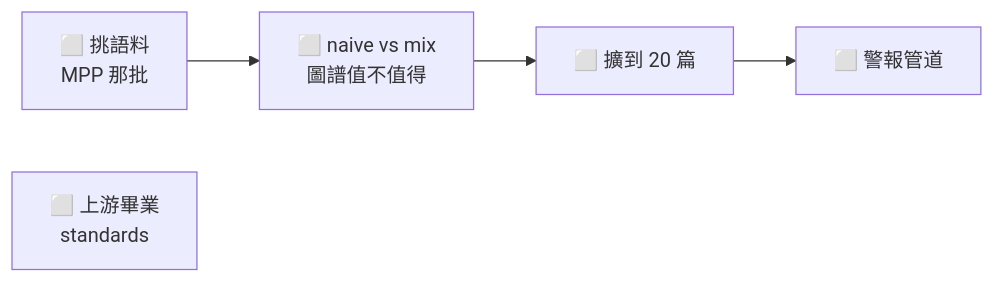
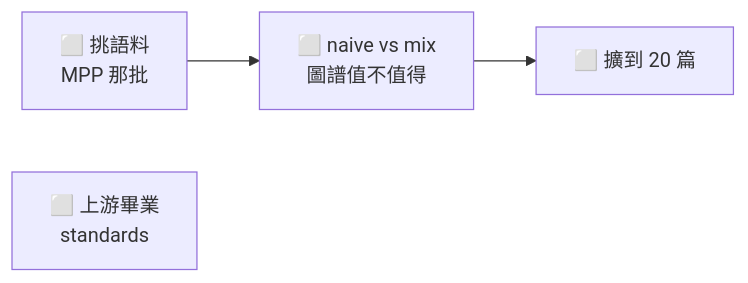
One commit to neknufelet/lightrag changed the diagram in docs/NEXT.md. Above: the diagram before and after it, drawn with Mermaid. The commit also changed other lines of this file, not shown here.

````diff
--- a/docs/NEXT.md
+++ b/docs/NEXT.md
@@ -33,7 +32,6 @@
 ```mermaid
 flowchart LR
   P["⬜ 挑語料<br/>MPP 那批"] --> E["⬜ naive vs mix<br/>圖譜值不值得"]
   E --> S["⬜ 擴到 20 篇"]
-  S --> A["⬜ 警報管道"]
   U["⬜ 上游畢業<br/>standards"]
 ```
````
